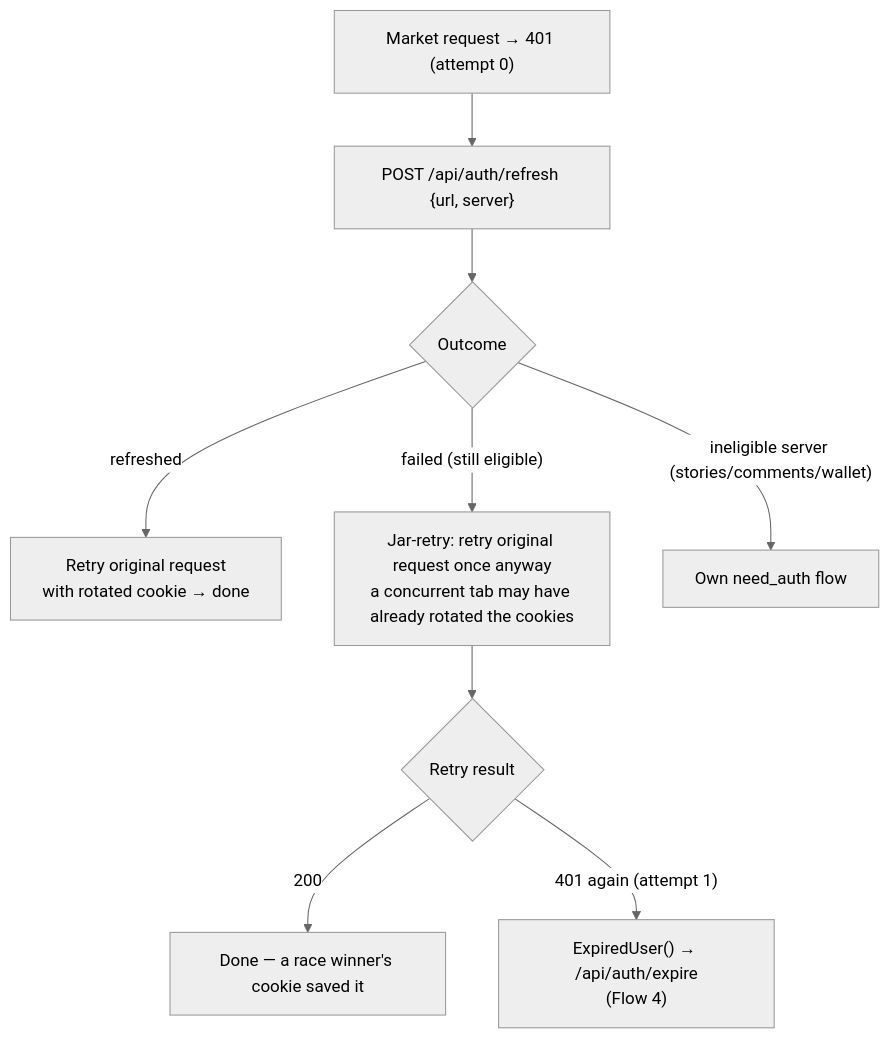
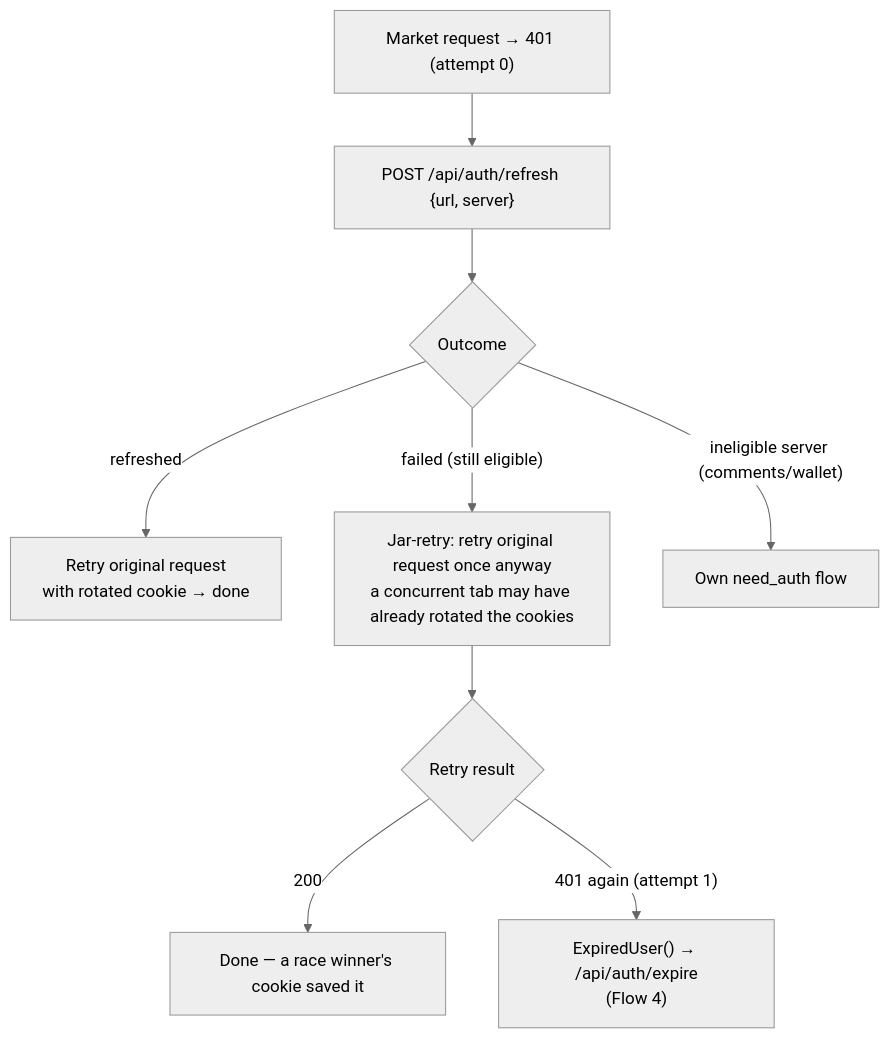
Before and after one commit to AlaaAsaad57/Trydos: the third of 6 diagrams in REFRESH-FLOWS.md, drawn with Mermaid (neutral theme). The commit also changed other lines of this file and 24 other files, not shown here.

````diff
--- a/REFRESH-FLOWS.md
+++ b/REFRESH-FLOWS.md
@@ -83,11 +83,11 @@
 ```mermaid
 flowchart TD
     A["Market request → 401 (attempt 0)"] --> B["POST /api/auth/refresh {url, server}"]
     B --> C{Outcome}
     C -->|refreshed| D[Retry original request<br/>with rotated cookie → done]
     C -->|"failed (still eligible)"| E["Jar-retry: retry original request once anyway<br/>a concurrent tab may have already rotated the cookies"]
-    C -->|"ineligible server (stories/comments/wallet)"| F[Own need_auth flow]
+    C -->|"ineligible server (comments/wallet)"| F[Own need_auth flow]
     E --> G{Retry result}
     G -->|200| H[Done — a race winner's cookie saved it]
     G -->|"401 again (attempt 1)"| I["ExpiredUser() → /api/auth/expire<br/>(Flow 4)"]
 ```
````
